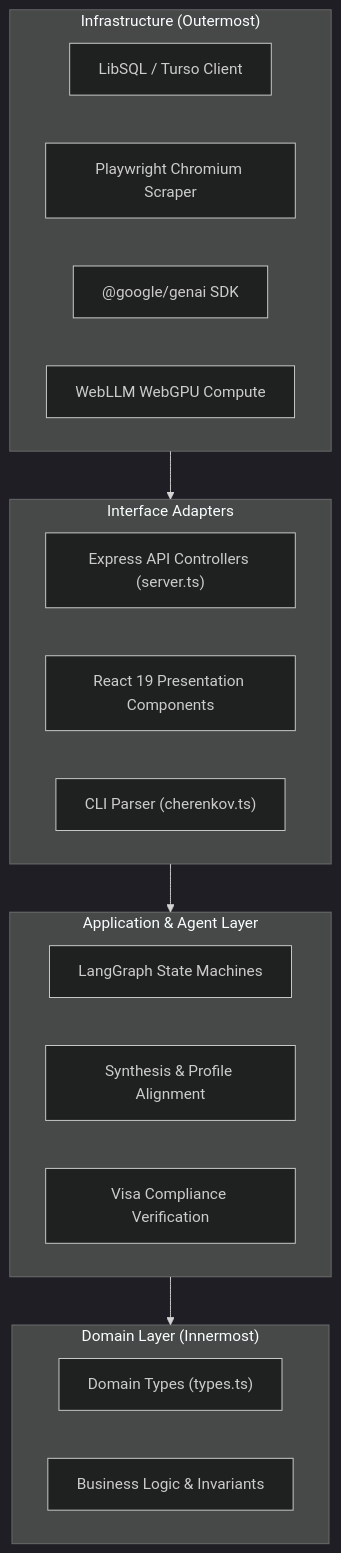
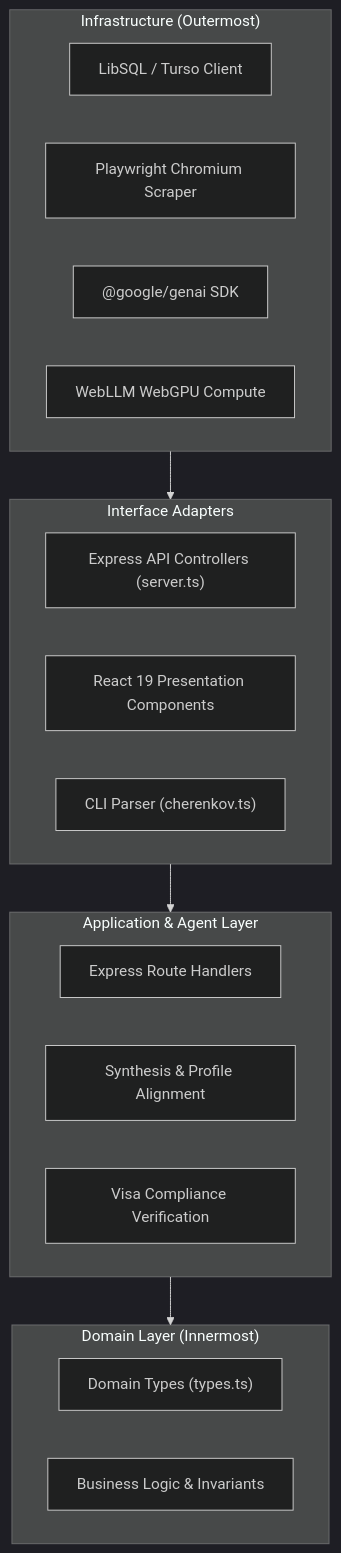
One commit to moaidmoatasem/cherenkov-nexus changed the diagram in docs/CODE_STANDARDS.md. Above: the diagram before and after it, drawn with Mermaid (dark theme). The commit also changed other lines of this file and 6 other files, not shown here.

````diff
--- a/docs/CODE_STANDARDS.md
+++ b/docs/CODE_STANDARDS.md
@@ -7,30 +7,30 @@
 ```mermaid
 graph TD
     subgraph Domain_Layer ["Domain Layer (Innermost)"]
         Types["Domain Types (types.ts)"]
         Invariants["Business Logic & Invariants"]
     end
 
     subgraph Application_Layer ["Application & Agent Layer"]
-        LangGraph["LangGraph State Machines"]
+        Routes["Express Route Handlers"]
         SynthesizerService["Synthesis & Profile Alignment"]
         VisaService["Visa Compliance Verification"]
     end
 
     subgraph Interface_Layer ["Interface Adapters"]
         ExpressRoutes["Express API Controllers (server.ts)"]
         ReactComponents["React 19 Presentation Components"]
         CLIController["CLI Parser (cherenkov.ts)"]
     end
 
     subgraph Infrastructure_Layer ["Infrastructure (Outermost)"]
         LibSQL["LibSQL / Turso Client"]
         Playwright["Playwright Chromium Scraper"]
         GeminiSDK["@google/genai SDK"]
         WebLLM["WebLLM WebGPU Compute"]
     end
 
     Infrastructure_Layer --> Interface_Layer
     Interface_Layer --> Application_Layer
     Application_Layer --> Domain_Layer
 ```
````
